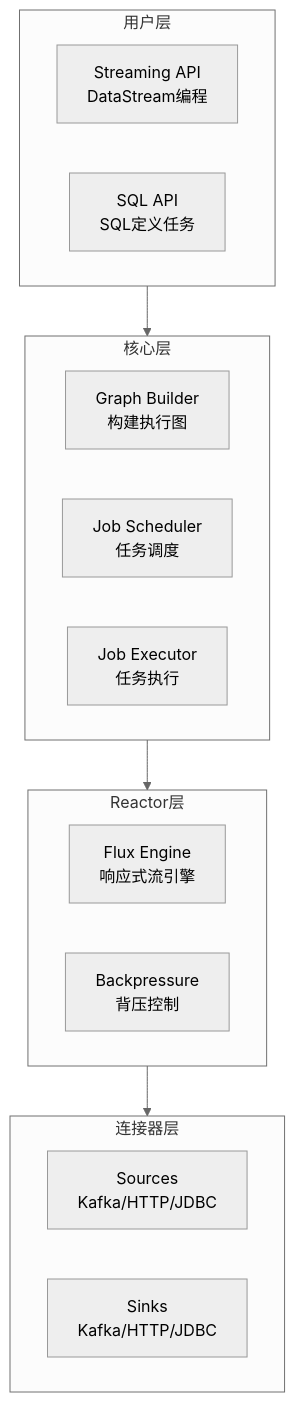
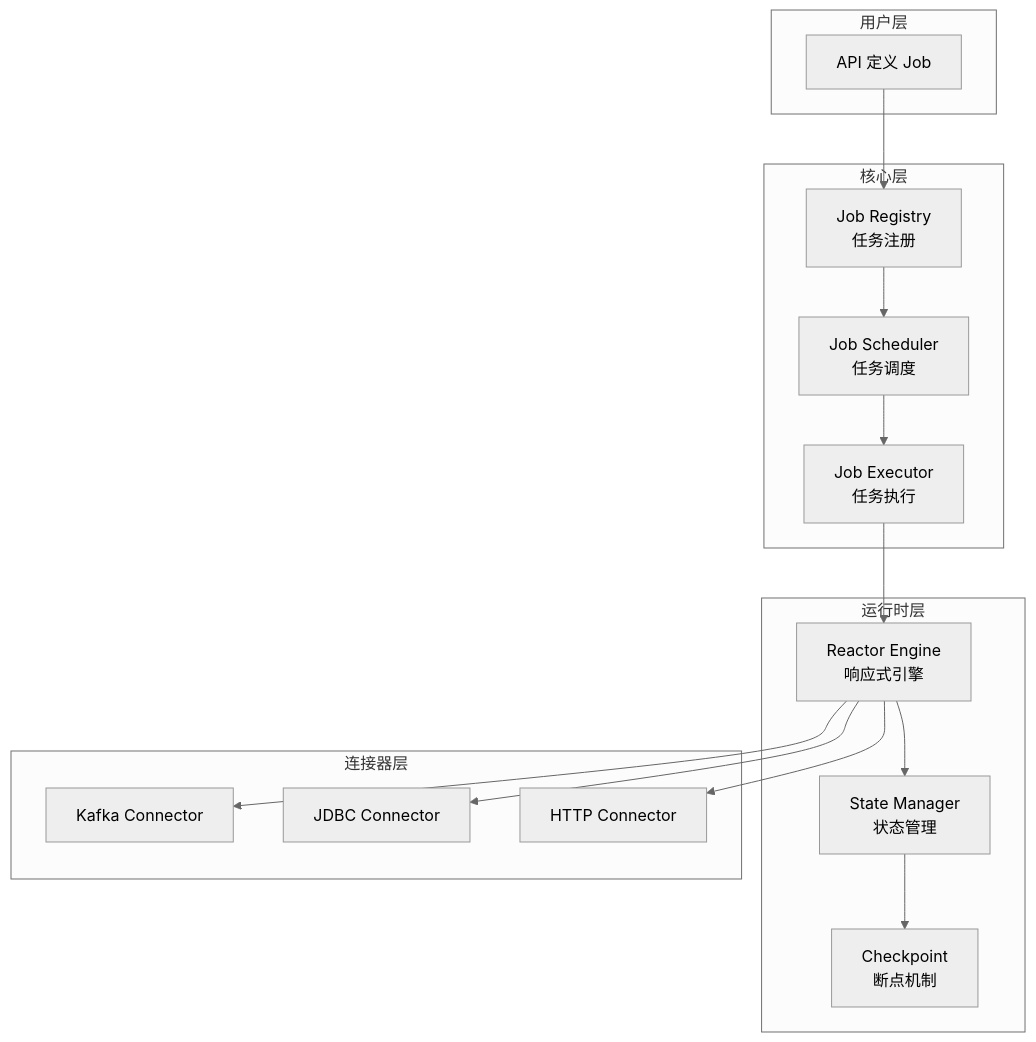
One commit to 312268112/advanced-java changed the first of 16 diagrams in pipeline-framework-design.md. Above: the diagram before and after it, drawn with Mermaid (neutral theme). The commit also changed other lines of this file, not shown here.

````diff
--- a/pipeline-framework-design.md
+++ b/pipeline-framework-design.md
@@ -33,27 +45,34 @@
 ```mermaid
 graph TB
-    subgraph UserLayer["用户层"]
-        StreamAPI["Streaming API<br/>DataStream编程"]
-        SqlAPI["SQL API<br/>SQL定义任务"]
+    subgraph "用户层"
+        API[API 定义 Job]
     end
     
-    subgraph CoreLayer["核心层"]
-        GraphBuilder["Graph Builder<br/>构建执行图"]
-        Scheduler["Job Scheduler<br/>任务调度"]
-        Executor["Job Executor<br/>任务执行"]
+    subgraph "核心层"
+        Registry[Job Registry<br/>任务注册]
+        Scheduler[Job Scheduler<br/>任务调度]
+        Executor[Job Executor<br/>任务执行]
     end
     
-    subgraph ReactorLayer["Reactor层"]
-        FluxEngine["Flux Engine<br/>响应式流引擎"]
-        Backpressure["Backpressure<br/>背压控制"]
+    subgraph "运行时层"
+        Reactor[Reactor Engine<br/>响应式引擎]
+        State[State Manager<br/>状态管理]
+        Checkpoint[Checkpoint<br/>断点机制]
     end
     
-    subgraph ConnectorLayer["连接器层"]
-        Sources["Sources<br/>Kafka/HTTP/JDBC"]
-        Sinks["Sinks<br/>Kafka/HTTP/JDBC"]
+    subgraph "连接器层"
+        Kafka[Kafka Connector]
+        JDBC[JDBC Connector]
+        HTTP[HTTP Connector]
     end
     
-    UserLayer --> CoreLayer
-    CoreLayer --> ReactorLayer
-    ReactorLayer --> ConnectorLayer
+    API --> Registry
+    Registry --> Scheduler
+    Scheduler --> Executor
+    Executor --> Reactor
+    Reactor --> State
+    State --> Checkpoint
+    Reactor --> Kafka
+    Reactor --> JDBC
+    Reactor --> HTTP
 ```
````
